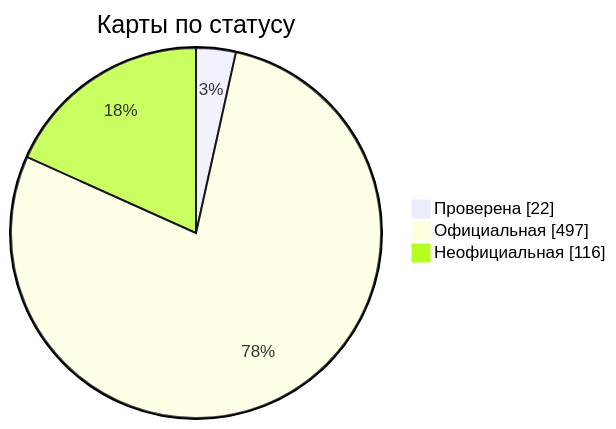
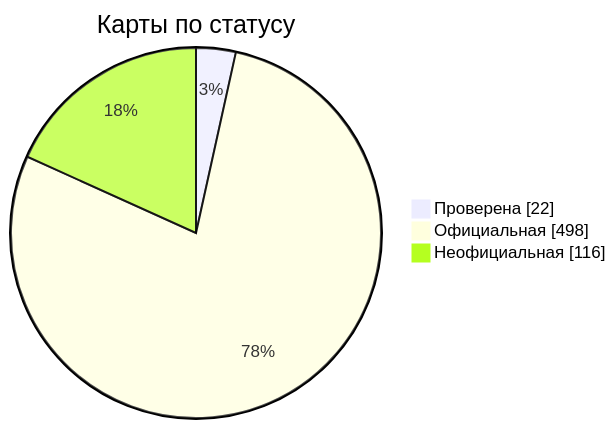
One commit to nobrega8/mbmap-library changed the diagram in docs/readme/README_RU.md. Above: the diagram before and after it, drawn with Mermaid. The commit also changed 6 other files, not shown here.

````diff
--- a/docs/readme/README_RU.md
+++ b/docs/readme/README_RU.md
@@ -54,7 +54,7 @@
 ```mermaid
 pie showData
     title Карты по статусу
     "Проверена" : 22
-    "Официальная" : 497
+    "Официальная" : 498
     "Неофициальная" : 116
 ```
````
